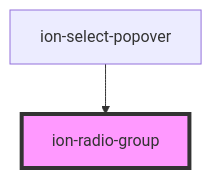
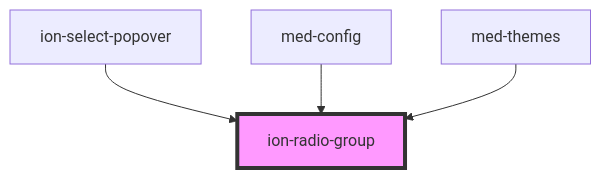
One commit to ionic-team/ionic-framework changed the diagram in core/src/components/radio-group/readme.md. Above: the diagram before and after it, drawn with Mermaid. The commit also changed other lines of this file and 450 other files, not shown here.

````diff
--- a/core/src/components/radio-group/readme.md
+++ b/core/src/components/radio-group/readme.md
@@ -244,5 +246,7 @@
 ```mermaid
 graph TD;
   ion-select-popover --> ion-radio-group
+  med-config --> ion-radio-group
+  med-themes --> ion-radio-group
   style ion-radio-group fill:#f9f,stroke:#333,stroke-width:4px
 ```
````
